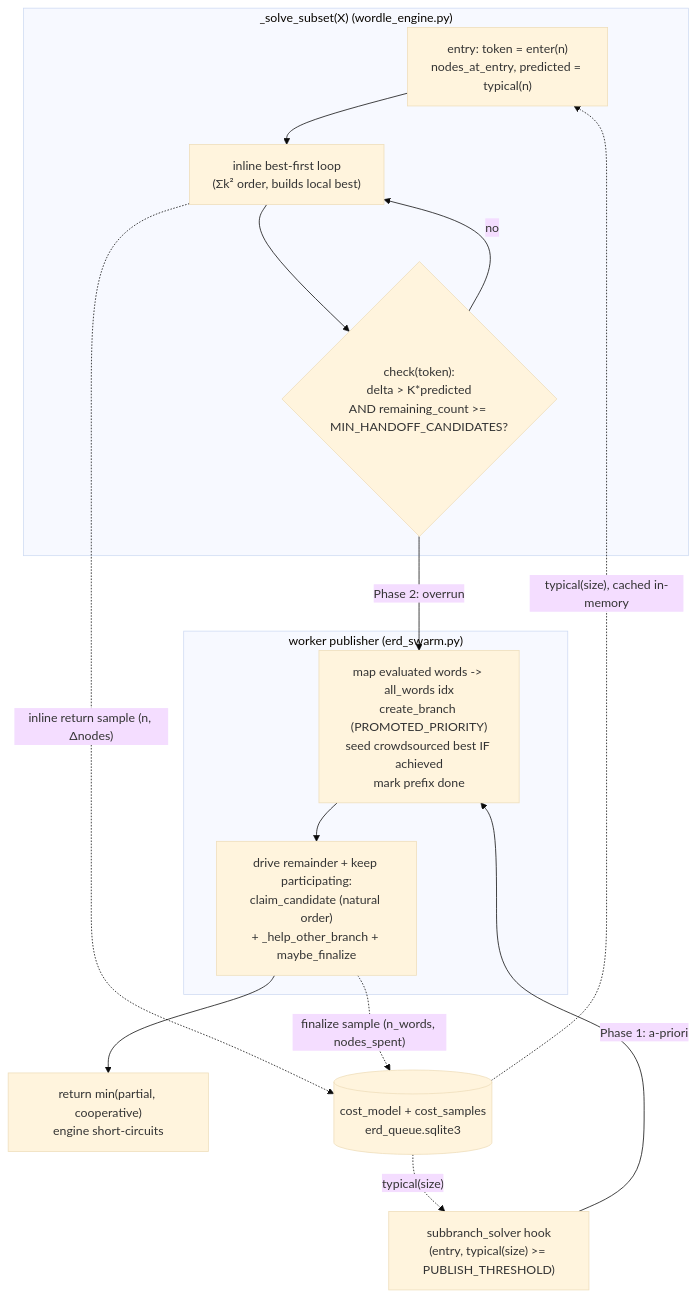
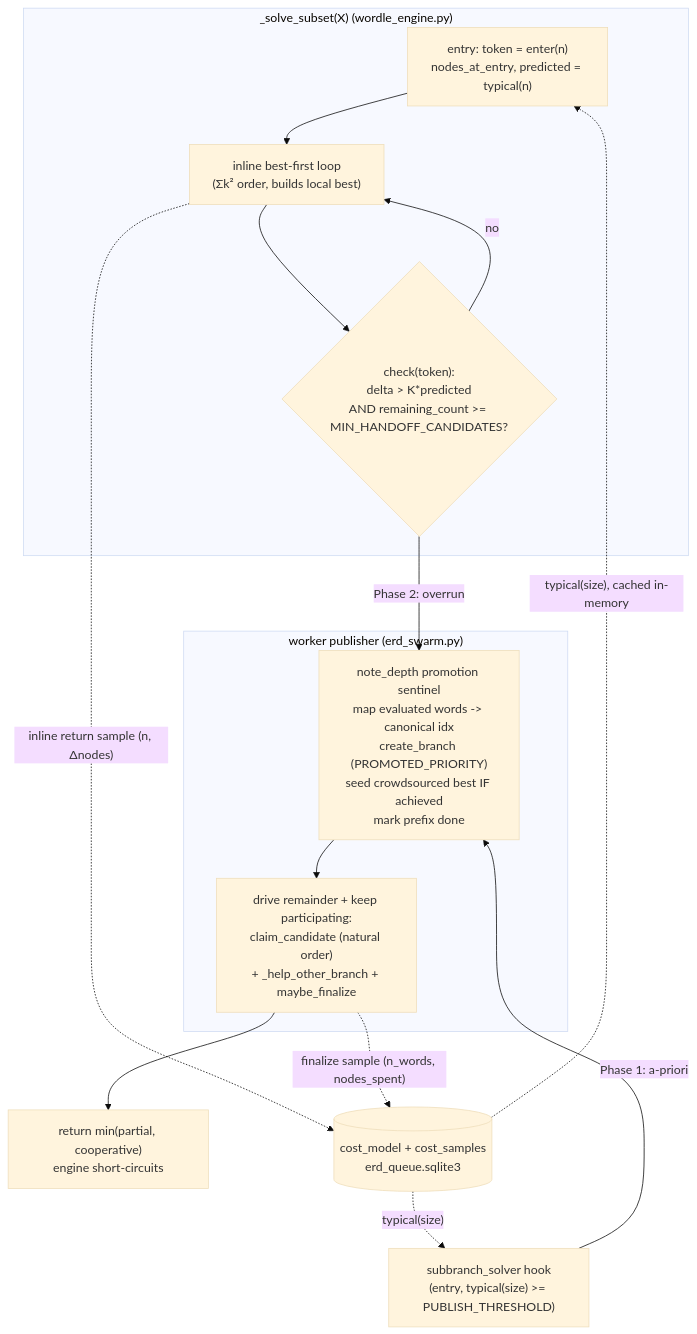
The diagram in adaptive_work_decomposition_plan.md (ahernsean/wordle), drawn with Mermaid (base theme) before and after one commit. The commit also changed other lines of this file, not shown here.

````diff
--- a/adaptive_work_decomposition_plan.md
+++ b/adaptive_work_decomposition_plan.md
@@ -599,23 +678,23 @@
 ```mermaid
 flowchart TD
     subgraph engine["_solve_subset(X)  (wordle_engine.py)"]
         E0["entry: token = enter(n)\nnodes_at_entry, predicted = typical(n)"]
         E1["inline best-first loop\n(Σk² order, builds local best)"]
         E2{"check(token):\ndelta > K*predicted\nAND remaining_count >= MIN_HANDOFF_CANDIDATES?"}
         E0 --> E1 --> E2
         E2 -- no --> E1
     end
     subgraph swarm["worker publisher (erd_swarm.py)"]
-        P1["map evaluated words -> all_words idx\ncreate_branch (PROMOTED_PRIORITY)\nseed crowdsourced best IF achieved\nmark prefix done"]
+        P1["note_depth promotion sentinel\nmap evaluated words -> canonical idx\ncreate_branch (PROMOTED_PRIORITY)\nseed crowdsourced best IF achieved\nmark prefix done"]
         P2["drive remainder + keep participating:\nclaim_candidate (natural order)\n+ _help_other_branch + maybe_finalize"]
         P1 --> P2
     end
     E2 -- "Phase 2: overrun" --> P1
     SH["subbranch_solver hook\n(entry, typical(size) >= PUBLISH_THRESHOLD)"] -- "Phase 1: a-priori" --> P1
     P2 --> R["return min(partial, cooperative)\nengine short-circuits"]
     CM[("cost_model + cost_samples\nerd_queue.sqlite3")]
     E1 -. "inline return sample (n, Δnodes)" .-> CM
     P2 -. "finalize sample (n_words, nodes_spent)" .-> CM
     CM -. "typical(size), cached in-memory" .-> E0
     CM -. "typical(size)" .-> SH
 ```
````
